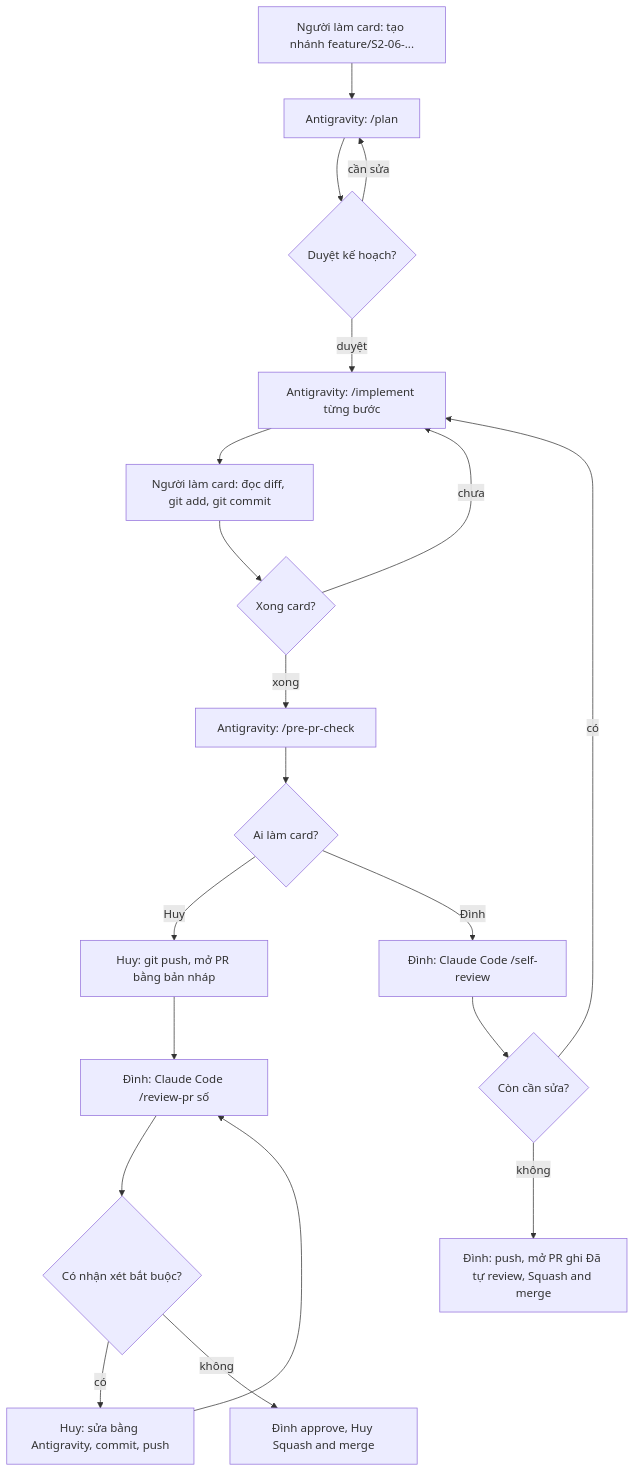
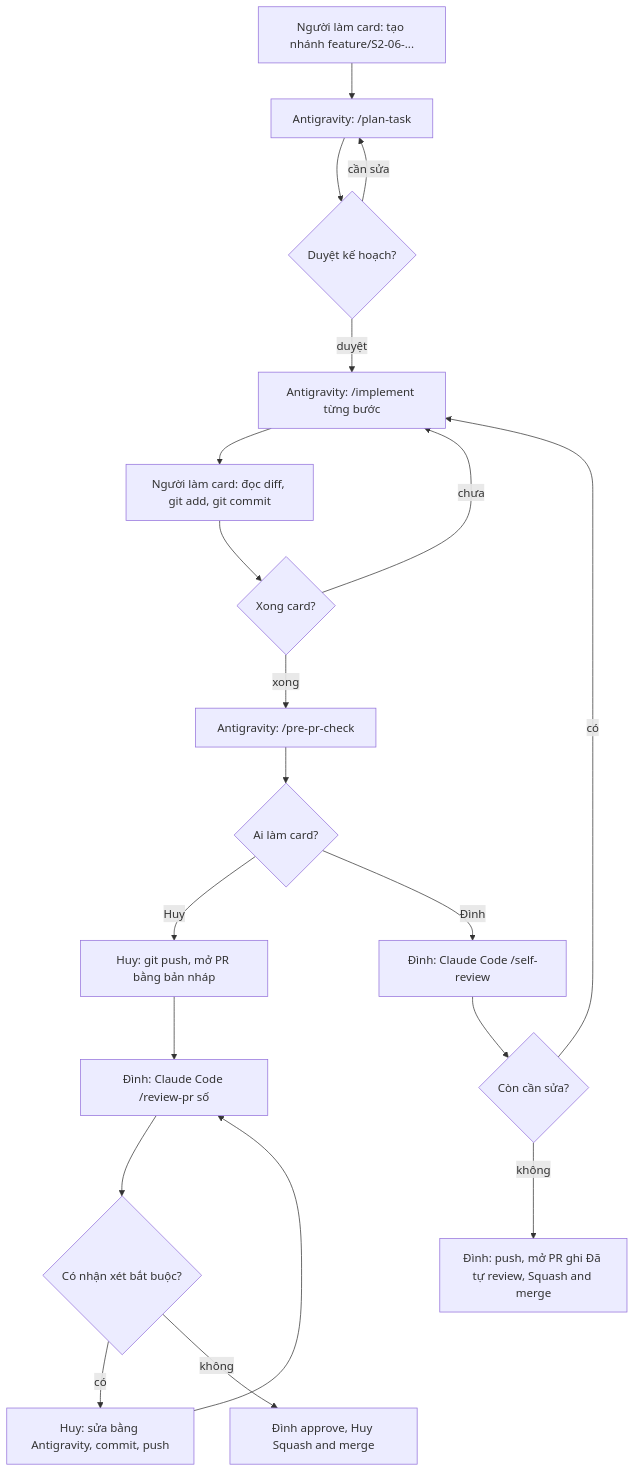
Before and after one commit to xile-spa-dinhlnd/xile-spa-app: the first of 2 diagrams in docs/guides/ai-agents.md, drawn with Mermaid. The commit also changed other lines of this file and 6 other files, not shown here.

Commit message:
chore(agents): rename plan skill to plan-task to avoid collision

````diff
--- a/docs/guides/ai-agents.md
+++ b/docs/guides/ai-agents.md
@@ -60,21 +60,21 @@
 ```mermaid
 flowchart TD
-    A[Người làm card: tạo nhánh feature/S2-06-...] --> B[Antigravity: /plan]
+    A[Người làm card: tạo nhánh feature/S2-06-...] --> B[Antigravity: /plan-task]
     B --> C{Duyệt kế hoạch?}
     C -- cần sửa --> B
     C -- duyệt --> D[Antigravity: /implement từng bước]
     D --> E[Người làm card: đọc diff, git add, git commit]
     E --> F{Xong card?}
     F -- chưa --> D
     F -- xong --> G[Antigravity: /pre-pr-check]
     G --> H{Ai làm card?}
     H -- Huy --> I[Huy: git push, mở PR bằng bản nháp]
     I --> J[Đình: Claude Code /review-pr số]
     J --> K{Có nhận xét bắt buộc?}
     K -- có --> L[Huy: sửa bằng Antigravity, commit, push] --> J
     K -- không --> M[Đình approve, Huy Squash and merge]
     H -- Đình --> N[Đình: Claude Code /self-review]
     N --> O{Còn cần sửa?}
     O -- có --> D
     O -- không --> P[Đình: push, mở PR ghi Đã tự review, Squash and merge]
 ```
````
